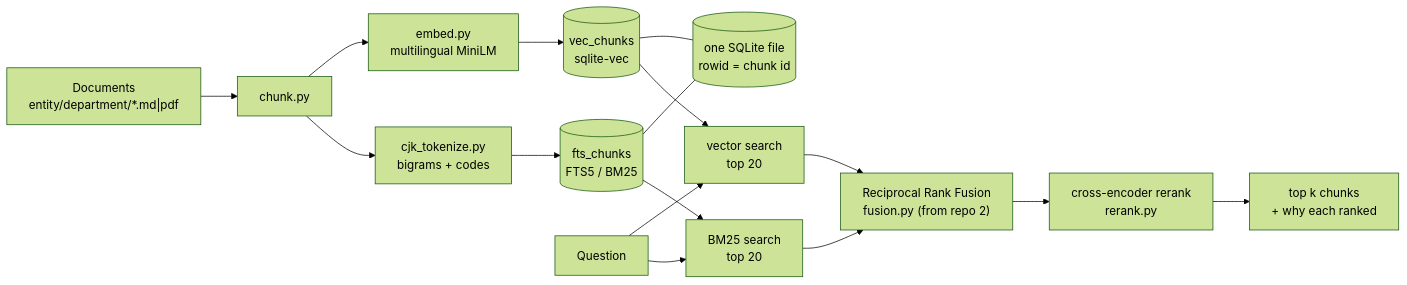
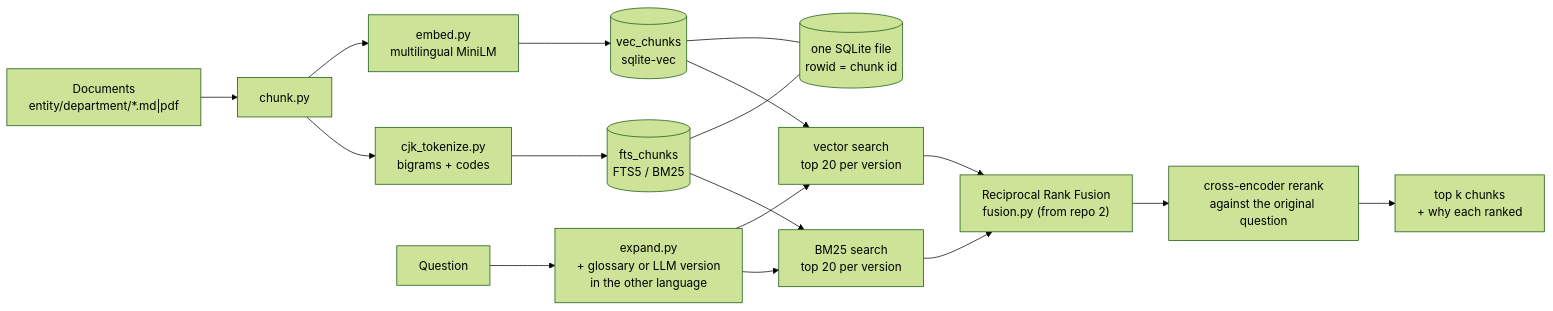
The diagram in README.md (wchklaus97/hybrid-search-rag), drawn with Mermaid (forest theme) before and after one commit. The commit also changed other lines of this file and 27 other files, not shown here.

First line of the commit message:
Add cross-lingual query expansion: company glossary, LLM translation, or both

````diff
--- a/README.md
+++ b/README.md
@@ -30,14 +31,15 @@
 ```mermaid
 flowchart LR
     D["Documents<br/>entity/department/*.md|pdf"] --> C["chunk.py"]
     C --> E["embed.py<br/>multilingual MiniLM"] --> V[("vec_chunks<br/>sqlite-vec")]
     C --> T["cjk_tokenize.py<br/>bigrams + codes"] --> F[("fts_chunks<br/>FTS5 / BM25")]
     V --- DB[("one SQLite file<br/>rowid = chunk id")]
     F --- DB
-    Q["Question"] --> VS["vector search<br/>top 20"] & KS["BM25 search<br/>top 20"]
+    Q["Question"] --> X["expand.py<br/>+ glossary or LLM version<br/>in the other language"]
+    X --> VS["vector search<br/>top 20 per version"] & KS["BM25 search<br/>top 20 per version"]
     V --> VS
     F --> KS
     VS --> RRF["Reciprocal Rank Fusion<br/>fusion.py (from repo 2)"]
     KS --> RRF
-    RRF --> RR["cross-encoder rerank<br/>rerank.py"] --> K["top k chunks<br/>+ why each ranked"]
+    RRF --> RR["cross-encoder rerank<br/>against the original question"] --> K["top k chunks<br/>+ why each ranked"]
 ```
````
